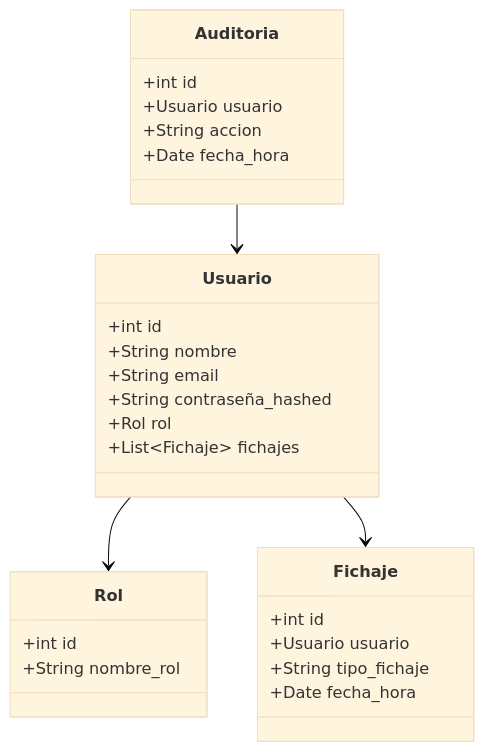
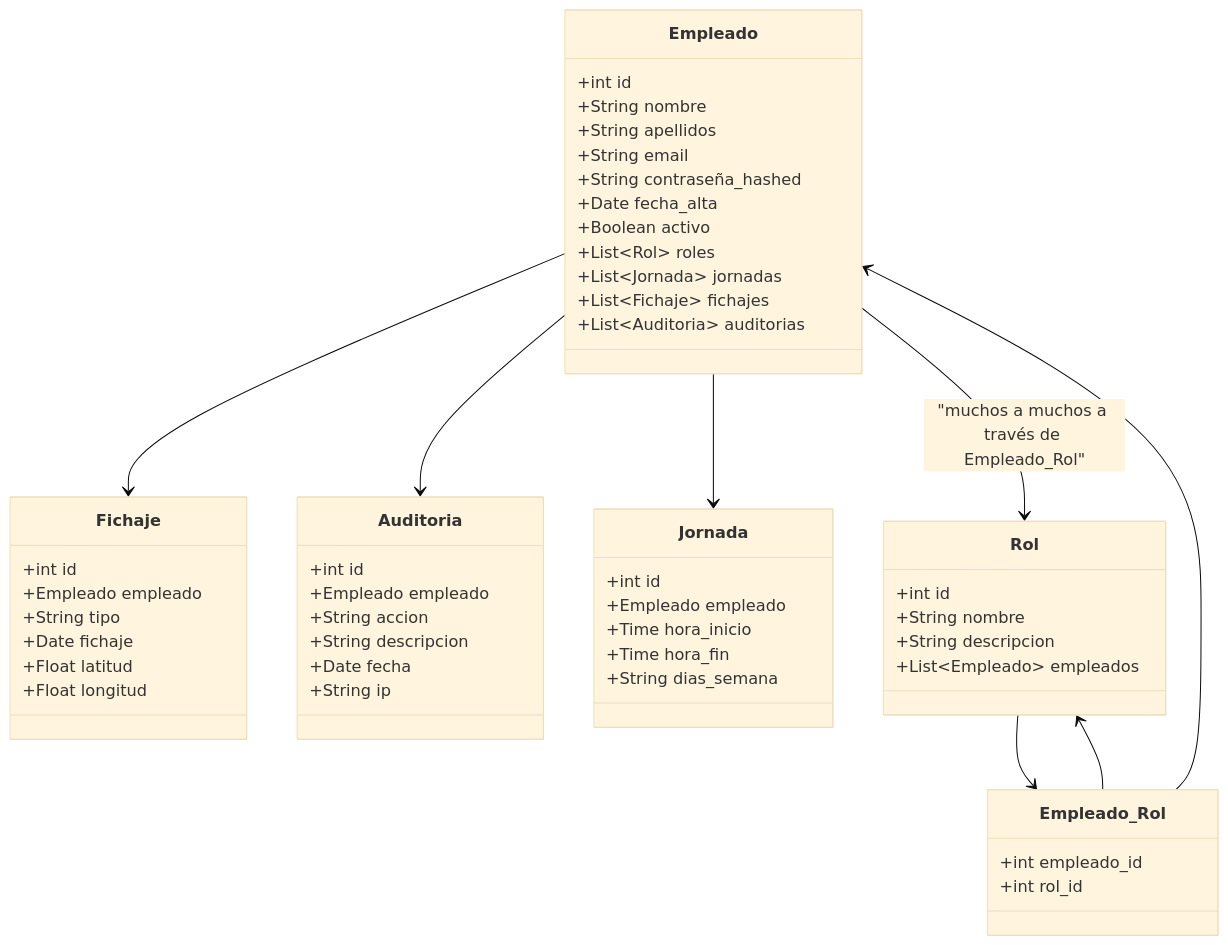
Before and after one commit to danielbolamartinez/Work-O-Clock-2.0: the second of 7 diagrams in README.md, drawn with Mermaid (base theme). The commit also changed other lines of this file and 1 other file, not shown here.

````diff
--- a/README.md
+++ b/README.md
@@ -68,31 +79,63 @@
 ```mermaid
 classDiagram
-class Usuario {
-  +int id
-  +String nombre
-  +String email
-  +String contraseña_hashed
-  +Rol rol
-  +List~Fichaje~ fichajes
-}
-class Rol {
-  +int id
-  +String nombre_rol
-}
-class Fichaje {
-  +int id
-  +Usuario usuario
-  +String tipo_fichaje
-  +Date fecha_hora
-}
-class Auditoria {
-  +int id
-  +Usuario usuario
-  +String accion
-  +Date fecha_hora
+class Empleado {
+    +int id
+    +String nombre
+    +String apellidos
+    +String email
+    +String contraseña_hashed
+    +Date fecha_alta
+    +Boolean activo
+    +List~Rol~ roles
+    +List~Jornada~ jornadas
+    +List~Fichaje~ fichajes
+    +List~Auditoria~ auditorias
 }
 
-Usuario --> Rol
-Usuario --> Fichaje
-Auditoria --> Usuario
+class Rol {
+    +int id
+    +String nombre
+    +String descripcion
+    +List~Empleado~ empleados
+}
+
+class Empleado_Rol {
+    +int empleado_id
+    +int rol_id
+}
+
+class Jornada {
+    +int id
+    +Empleado empleado
+    +Time hora_inicio
+    +Time hora_fin
+    +String dias_semana
+}
+
+class Fichaje {
+    +int id
+    +Empleado empleado
+    +String tipo
+    +Date fichaje
+    +Float latitud
+    +Float longitud
+}
+
+class Auditoria {
+    +int id
+    +Empleado empleado
+    +String accion
+    +String descripcion
+    +Date fecha
+    +String ip
+}
+
+Empleado --> Fichaje
+Empleado --> Auditoria
+Empleado --> Jornada
+Empleado --> Rol : "muchos a muchos a través de Empleado_Rol"
+Rol --> Empleado_Rol
+Empleado_Rol --> Empleado
+Empleado_Rol --> Rol
+
 ```
````
